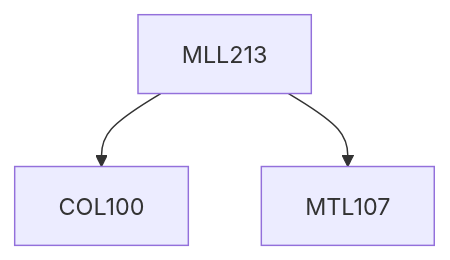
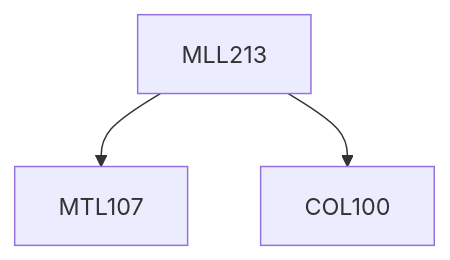
Before and after one commit to KeshavBansal0122/CoS_Website: the diagram in content/Materials Science and Engineering/MLL213.md, drawn with Mermaid. The commit also changed other lines of this file and 2662 other files, not shown here.

````diff
--- a/content/Materials Science and Engineering/MLL213.md
+++ b/content/Materials Science and Engineering/MLL213.md
@@ -17,9 +17,9 @@
 ```mermaid
 flowchart TD
 MLL213-481[MLL213]
+MLL213-481 --> MTL107-481[MTL107]
 MLL213-481 --> COL100-481[COL100]
-MLL213-481 --> MTL107-481[MTL107]
 
 classDef empty height:17px, fill:transparent, stroke:transparent;
 classDef trueEmpty height:0px, width:0px;
 ```
````
